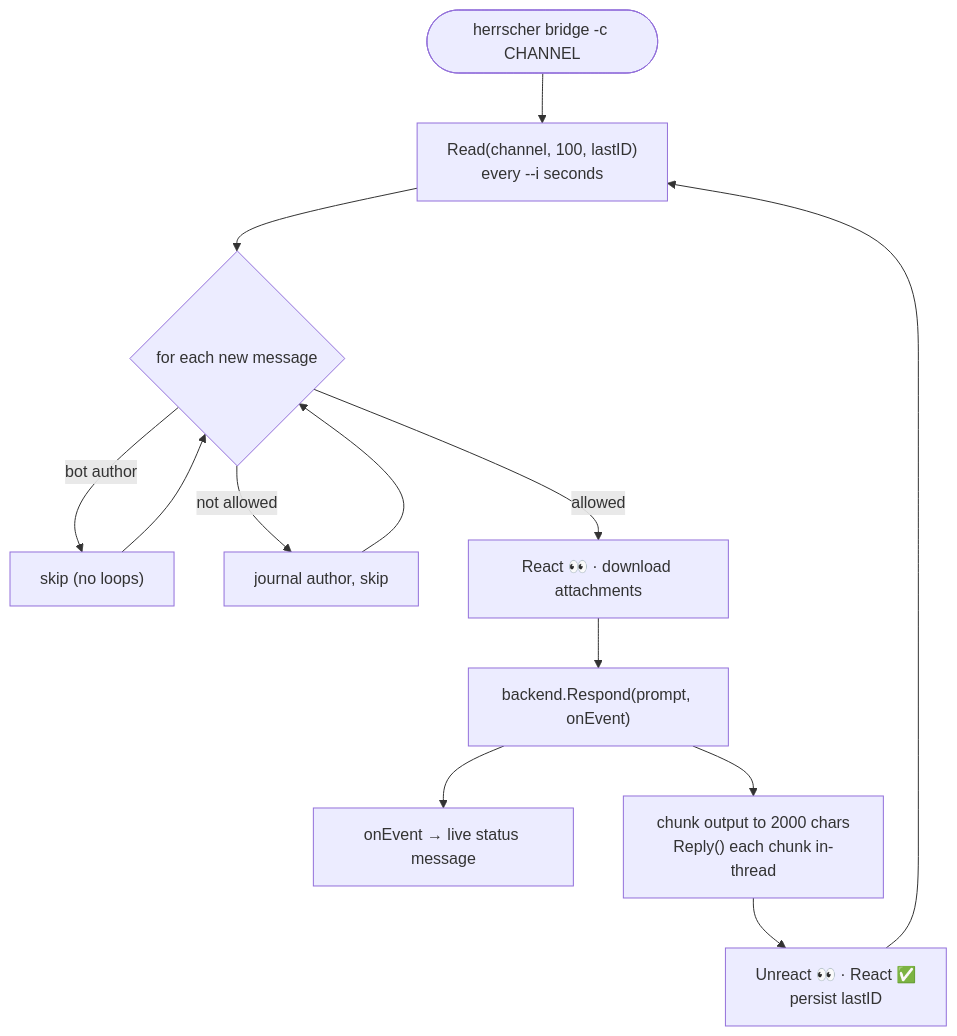
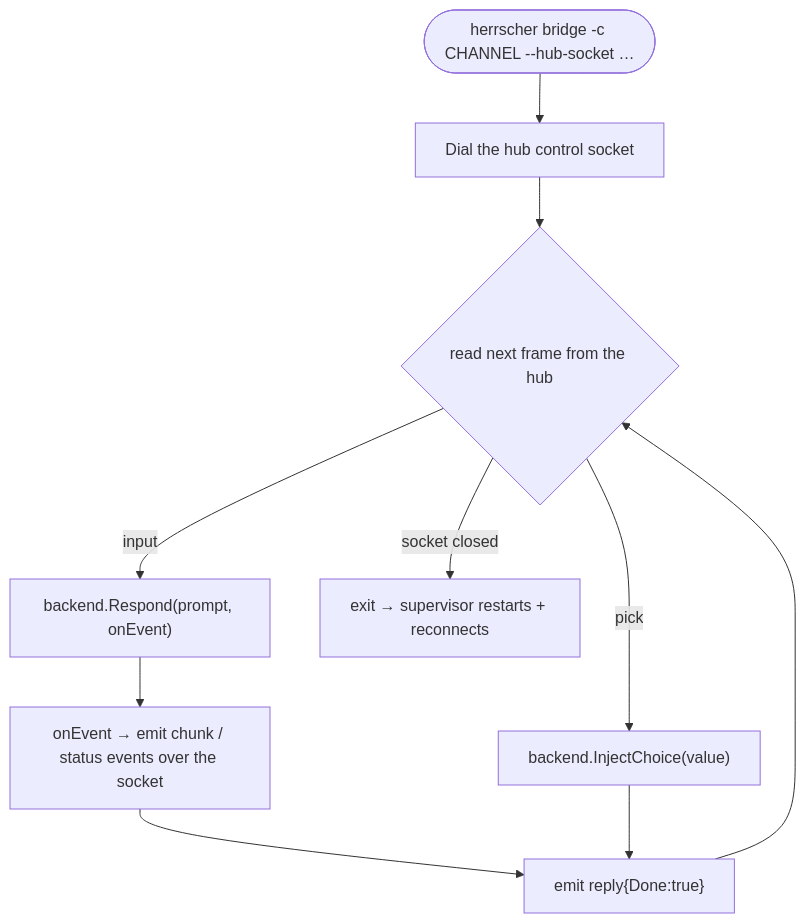
The fifth of 6 diagrams in README.md (Herrscherd/herrscher), drawn with Mermaid before and after one commit. The commit also changed other lines of this file, not shown here.

````diff
--- a/README.md
+++ b/README.md
@@ -251,13 +275,12 @@
 ```mermaid
 flowchart TB
-    P(["herrscher bridge -c CHANNEL"]) --> READ["Read(channel, 100, lastID)<br/>every --i seconds"]
-    READ --> EACH{"for each new message"}
-    EACH -->|bot author| SKIP1["skip (no loops)"] --> EACH
-    EACH -->|not allowed| SKIP2["journal author, skip"] --> EACH
-    EACH -->|allowed| ACK["React 👀 · download attachments"]
-    ACK --> RESP["backend.Respond(prompt, onEvent)"]
-    RESP --> PROG["onEvent → live status message"]
-    RESP --> OUT["chunk output to 2000 chars<br/>Reply() each chunk in-thread"]
-    OUT --> DONE["Unreact 👀 · React ✅<br/>persist lastID"]
-    DONE --> READ
+    P(["herrscher bridge -c CHANNEL --hub-socket …"]) --> DIAL["Dial the hub control socket"]
+    DIAL --> WAIT{"read next frame from the hub"}
+    WAIT -->|input| RESP["backend.Respond(prompt, onEvent)"]
+    WAIT -->|pick| INJ["backend.InjectChoice(value)"]
+    RESP --> EV["onEvent → emit chunk / status events over the socket"]
+    EV --> DONE["emit reply{Done:true}"]
+    INJ --> DONE
+    DONE --> WAIT
+    WAIT -->|socket closed| EXIT["exit → supervisor restarts + reconnects"]
 ```
````
